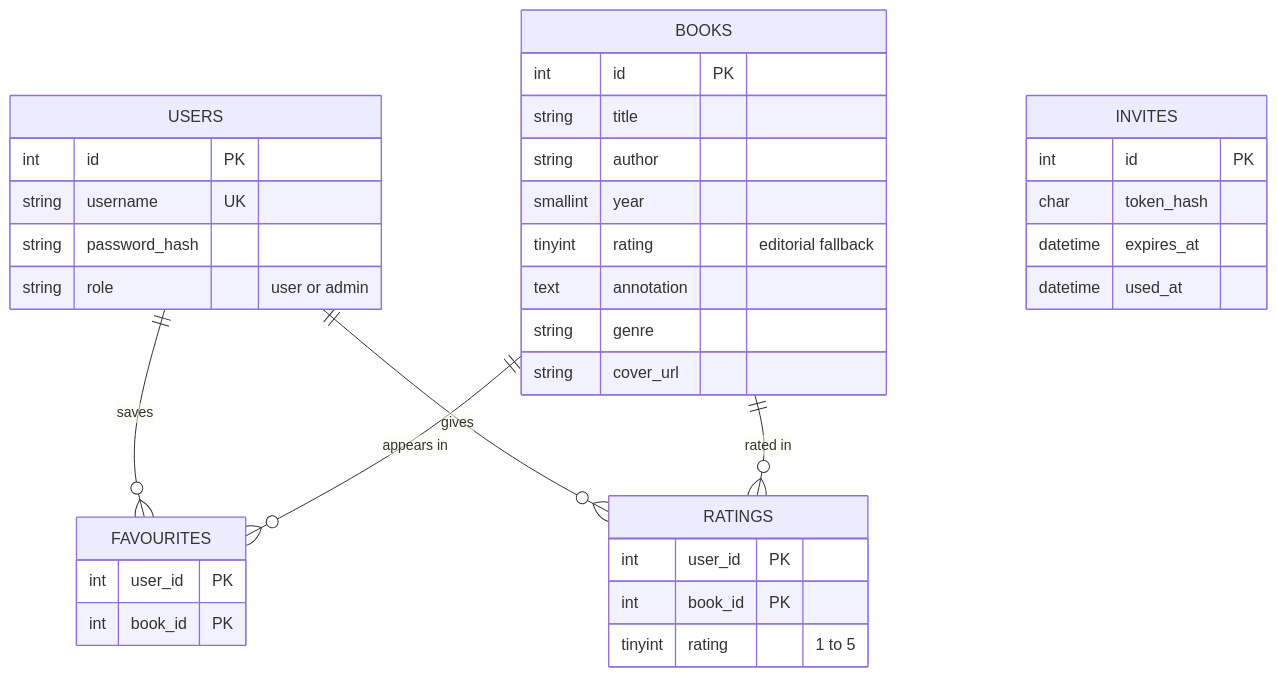
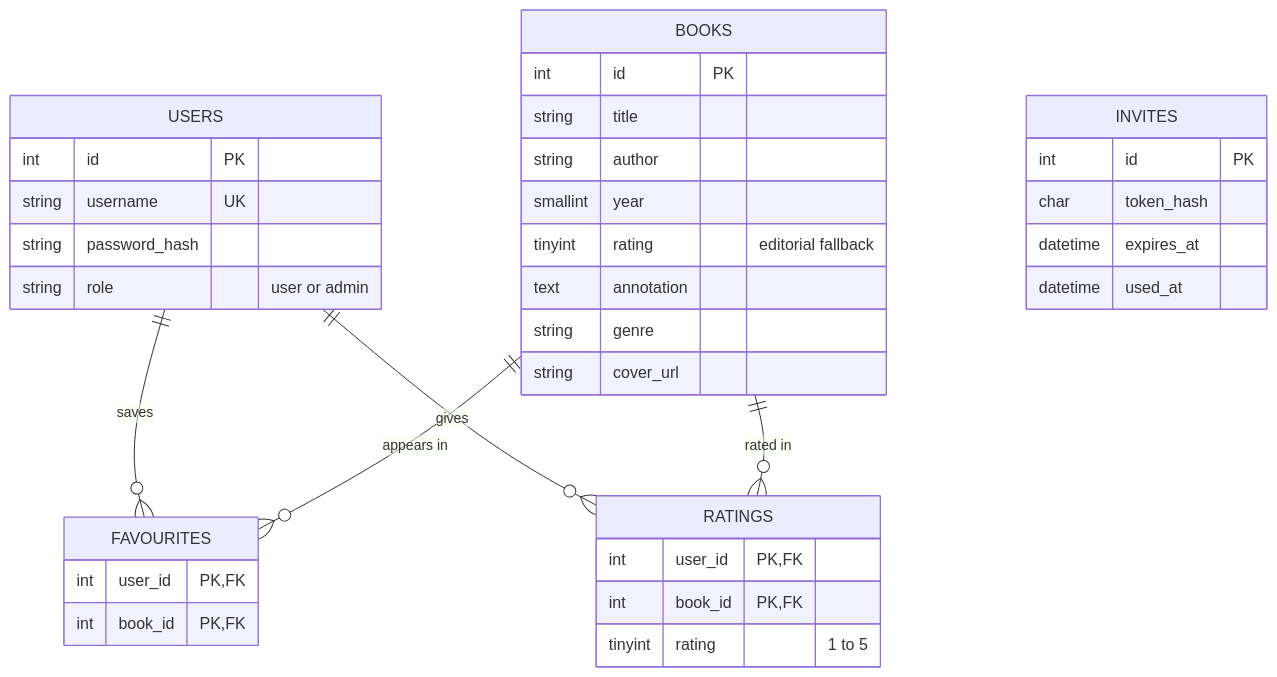
One commit to krecejac/portfolio changed the first of 3 diagrams in book-catalog/docs/ARCHITECTURE.md. Above: the diagram before and after it, drawn with Mermaid.

Commit message:
book-catalog: mark the foreign keys in the domain model diagram

````diff
--- a/book-catalog/docs/ARCHITECTURE.md
+++ b/book-catalog/docs/ARCHITECTURE.md
@@ -33,38 +33,38 @@
 ```mermaid
 erDiagram
     USERS ||--o{ FAVOURITES : saves
     USERS ||--o{ RATINGS : gives
     BOOKS ||--o{ FAVOURITES : "appears in"
     BOOKS ||--o{ RATINGS : "rated in"
     USERS {
         int id PK
         string username UK
         string password_hash
         string role "user or admin"
     }
     BOOKS {
         int id PK
         string title
         string author
         smallint year
         tinyint rating "editorial fallback"
         text annotation
         string genre
         string cover_url
     }
     FAVOURITES {
-        int user_id PK
-        int book_id PK
+        int user_id PK, FK
+        int book_id PK, FK
     }
     RATINGS {
-        int user_id PK
-        int book_id PK
+        int user_id PK, FK
+        int book_id PK, FK
         tinyint rating "1 to 5"
     }
     INVITES {
         int id PK
         char token_hash
         datetime expires_at
         datetime used_at
     }
 ```
````
